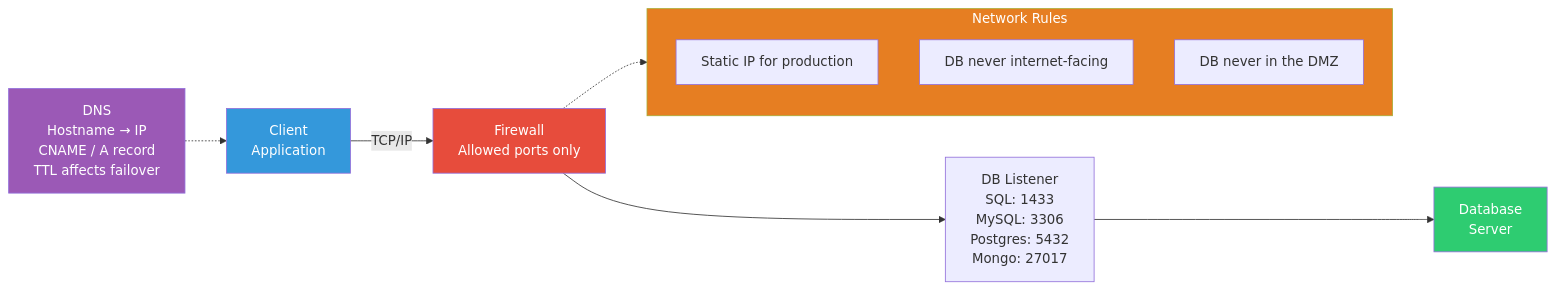
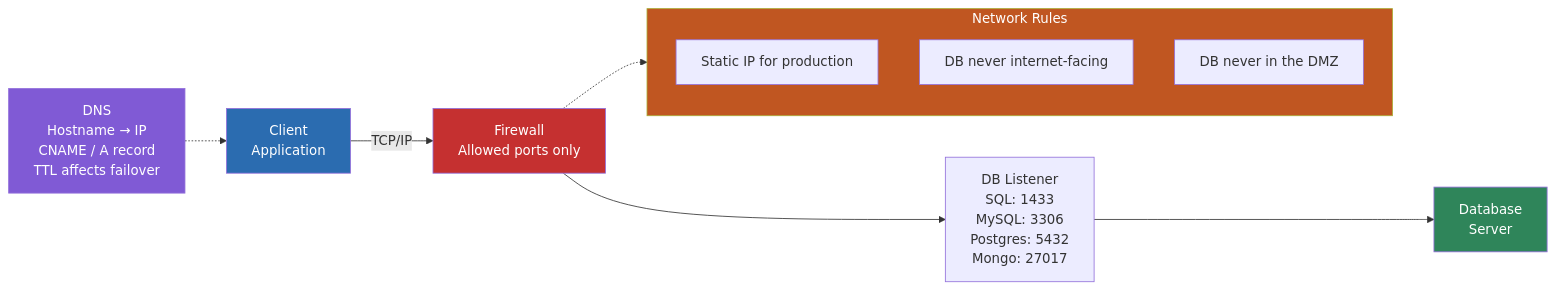
Diagram 14 of 39 in 07-Visual-Study-Diagrams.md (George-API/CompTIA_DataSys_Study_Guide), drawn with Mermaid before and after one commit. The commit also changed other lines of this file, not shown here.

Commit message:
Improvements to visual study mermaid diagrams

````diff
--- a/07-Visual-Study-Diagrams.md
+++ b/07-Visual-Study-Diagrams.md
@@ -319,23 +319,23 @@
 ```mermaid
 flowchart LR
-    CLIENT["Client\nApplication"] -->|"TCP/IP"| FW["Firewall\nAllowed ports only"]
-    FW --> LISTENER["DB Listener\nSQL: 1433\nMySQL: 3306\nPostgres: 5432\nMongo: 27017"]
-    LISTENER --> DB["Database\nServer"]
+    CLIENT["Client<br/>Application"] -->|"TCP/IP"| FW["Firewall<br/>Allowed ports only"]
+    FW --> LISTENER["DB Listener<br/>SQL: 1433<br/>MySQL: 3306<br/>Postgres: 5432<br/>Mongo: 27017"]
+    LISTENER --> DB["Database<br/>Server"]
 
-    DNS["DNS\nHostname → IP\nCNAME / A record\nTTL affects failover"] -.-> CLIENT
+    DNS["DNS<br/>Hostname → IP<br/>CNAME / A record<br/>TTL affects failover"] -.-> CLIENT
 
     subgraph NETWORK["Network Rules"]
         direction TB
         R1["Static IP for production"]
         R2["DB never internet-facing"]
         R3["DB never in the DMZ"]
     end
 
     FW -.-> NETWORK
 
-    style CLIENT fill:#3498db,color:#fff
-    style FW fill:#e74c3c,color:#fff
-    style DB fill:#2ecc71,color:#fff
-    style DNS fill:#9b59b6,color:#fff
-    style NETWORK fill:#e67e22,color:#fff
+    style CLIENT fill:#2B6CB0,color:#fff
+    style FW fill:#C53030,color:#fff
+    style DB fill:#2F855A,color:#fff
+    style DNS fill:#805AD5,color:#fff
+    style NETWORK fill:#C05621,color:#fff
 ```
````
